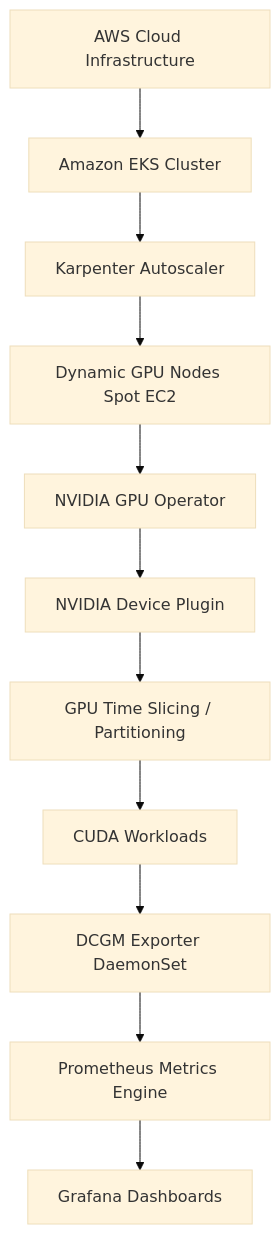
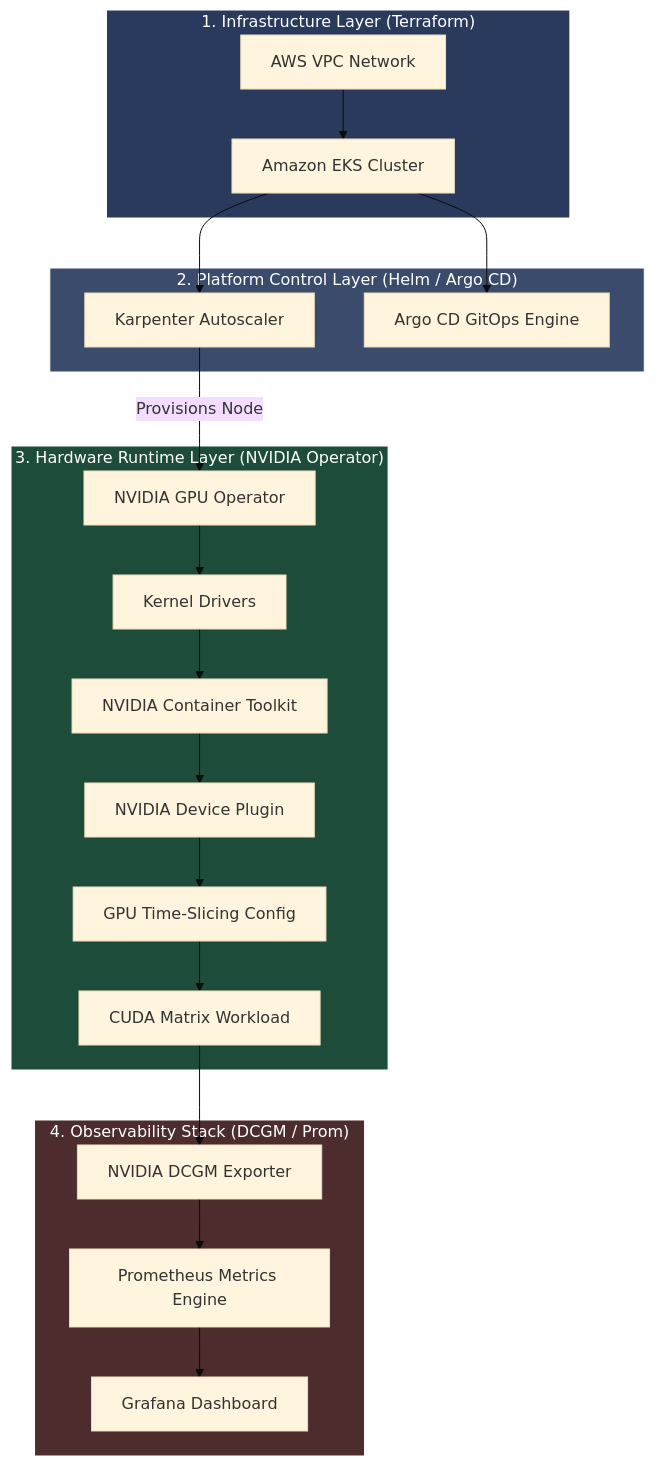
One commit to ok-karthik/ai-infrastructure-on-eks changed the diagram in README.md. Above: the diagram before and after it, drawn with Mermaid (base theme). The commit also changed other lines of this file and 15 other files, not shown here.

Commit message:
feat: add platform roadmap, security policies, documentation, and update project repository configuration

````diff
--- a/README.md
+++ b/README.md
@@ -17,25 +17,44 @@
 ```mermaid
-graph TD
-    AWS[AWS Cloud Infrastructure]
-    EKS[Amazon EKS Cluster]
-    Karpenter[Karpenter Autoscaler]
-    GPUNodes[Dynamic GPU Nodes Spot EC2]
-    GPUOp[NVIDIA GPU Operator]
-    DevPlugin[NVIDIA Device Plugin]
-    TimeSlicing[GPU Time Slicing / Partitioning]
-    CUDA[CUDA Workloads]
-    DCGM[DCGM Exporter DaemonSet]
-    Prometheus[Prometheus Metrics Engine]
-    Grafana[Grafana Dashboards]
+flowchart TD
+    subgraph Infrastructure ["1. Infrastructure Layer (Terraform)"]
+        AWS[AWS VPC Network] --> EKS[Amazon EKS Cluster]
+    end
 
-    AWS --> EKS
-    EKS --> Karpenter
-    Karpenter --> GPUNodes
-    GPUNodes --> GPUOp
-    GPUOp --> DevPlugin
-    DevPlugin --> TimeSlicing
-    TimeSlicing --> CUDA
-    CUDA --> DCGM
-    DCGM --> Prometheus
-    Prometheus --> Grafana
+    subgraph Platform ["2. Platform Control Layer (Helm / Argo CD)"]
+        Karpenter[Karpenter Autoscaler]
+        ArgoCD[Argo CD GitOps Engine]
+        EKS --> Karpenter
+        EKS --> ArgoCD
+    end
+
+    subgraph Runtime ["3. Hardware Runtime Layer (NVIDIA Operator)"]
+        GPUOp[NVIDIA GPU Operator]
+        Driver[Kernel Drivers]
+        Toolkit[NVIDIA Container Toolkit]
+        DevPlugin[NVIDIA Device Plugin]
+        TimeSlicing[GPU Time-Slicing Config]
+        CUDA[CUDA Matrix Workload]
+
+        Karpenter -->|Provisions Node| GPUOp
+        GPUOp --> Driver
+        Driver --> Toolkit
+        Toolkit --> DevPlugin
+        DevPlugin --> TimeSlicing
+        TimeSlicing --> CUDA
+    end
+
+    subgraph Observability ["4. Observability Stack (DCGM / Prom)"]
+        DCGM[NVIDIA DCGM Exporter]
+        Prometheus[Prometheus Metrics Engine]
+        Grafana[Grafana Dashboard]
+
+        CUDA --> DCGM
+        DCGM --> Prometheus
+        Prometheus --> Grafana
+    end
+
+    style Infrastructure fill:#2a3a5c,stroke:#fff,stroke-width:1px,color:#fff
+    style Platform fill:#3a4b6c,stroke:#fff,stroke-width:1px,color:#fff
+    style Runtime fill:#1e4c3a,stroke:#fff,stroke-width:1px,color:#fff
+    style Observability fill:#4c2c2c,stroke:#fff,stroke-width:1px,color:#fff
 ```
````
